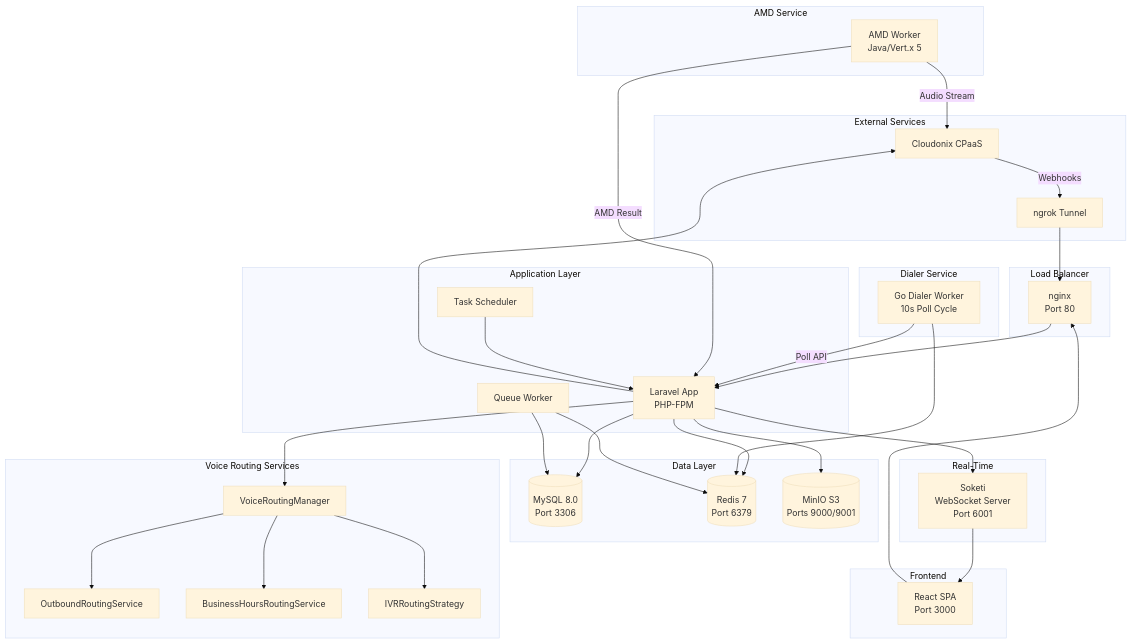
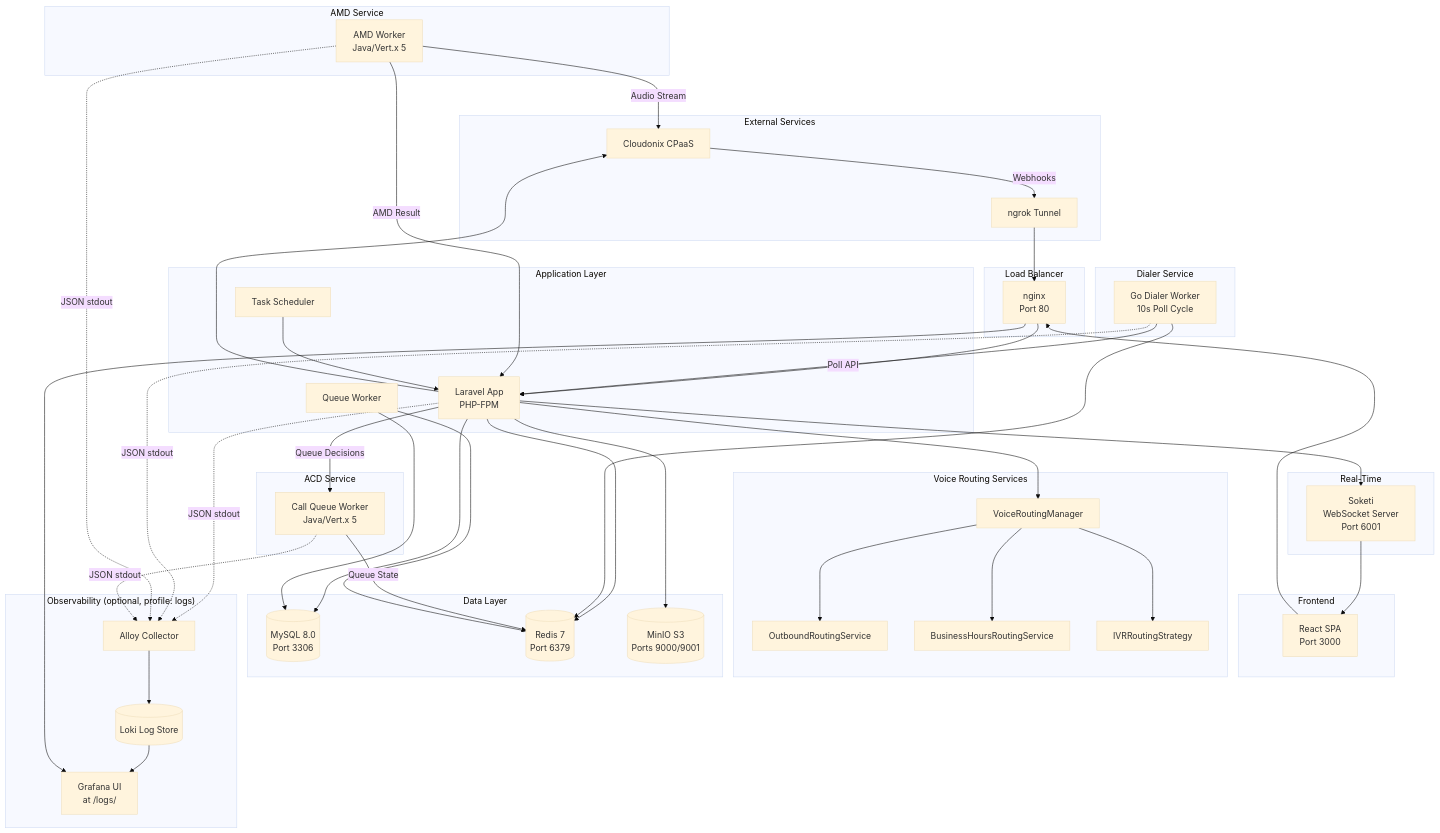
The first of 3 diagrams in README.md (greenfieldtech-nirs/opbx), drawn with Mermaid (base theme) before and after one commit. The commit also changed other lines of this file and 4 other files, not shown here.

First line of the commit message:
docs: reflect log aggregation stack and acd worker in public docs

```diff
--- a/README.md
+++ b/README.md
@@ -118,6 +119,10 @@
         AMD[AMD Worker<br/>Java/Vert.x 5]
     end
 
+    subgraph "ACD Service"
+        ACD[Call Queue Worker<br/>Java/Vert.x 5]
+    end
+
     subgraph "Voice Routing Services"
         VRM[VoiceRoutingManager]
         ORS[OutboundRoutingService]
@@ -133,6 +138,12 @@
 
     subgraph "Real-Time"
         SOKETI[Soketi<br/>WebSocket Server<br/>Port 6001]
+    end
+
+    subgraph "Observability (optional, profile: logs)"
+        ALLOY[Alloy Collector]
+        LOKI[(Loki Log Store)]
+        GRAFANA[Grafana UI<br/>at /logs/]
     end
 
     CX -->|Webhooks| NGROK
@@ -152,6 +163,12 @@
     GOWORKER --> REDIS
     AMD -->|Audio Stream| CX
     AMD -->|AMD Result| APP
+    ACD -->|Queue State| REDIS
+    APP -->|Queue Decisions| ACD
+    APP & GOWORKER & AMD & ACD -.->|JSON stdout| ALLOY
+    ALLOY --> LOKI
+    LOKI --> GRAFANA
+    NGINX --> GRAFANA
     QUEUE --> REDIS
     QUEUE --> MYSQL
     SCHEDULER --> APP
```
